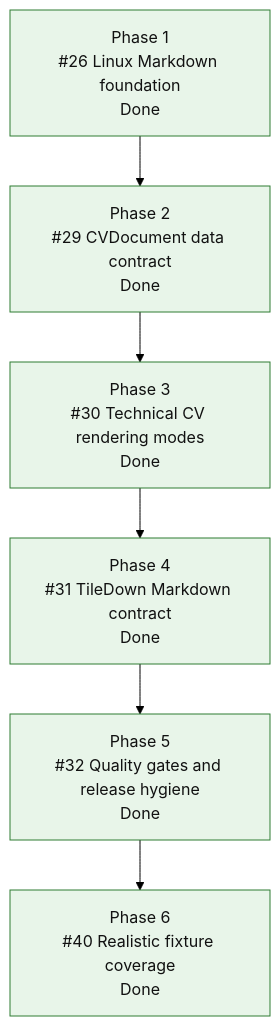
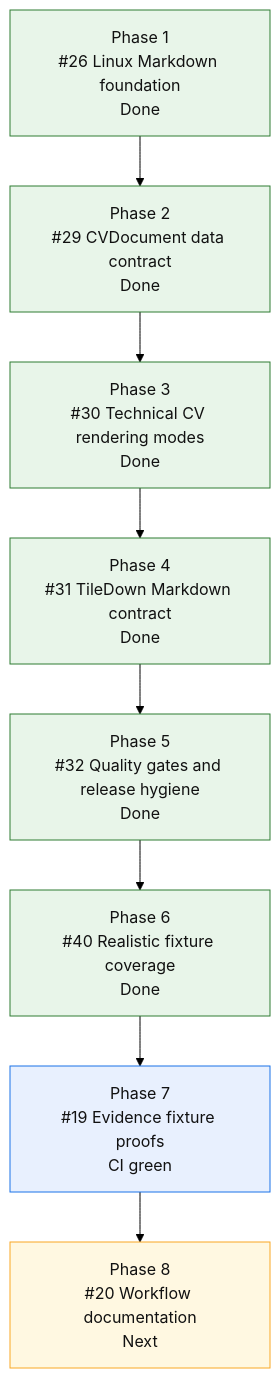
The diagram in README.md (mihaelamj/cvbuilder), drawn with Mermaid (forest theme) before and after one commit. The commit also changed other lines of this file and 8 other files, not shown here.

````diff
--- a/README.md
+++ b/README.md
@@ -152,20 +154,24 @@
 ```mermaid
 flowchart TD
     P1["Phase 1<br/>#26 Linux Markdown foundation<br/>Done"]
     P2["Phase 2<br/>#29 CVDocument data contract<br/>Done"]
     P3["Phase 3<br/>#30 Technical CV rendering modes<br/>Done"]
     P4["Phase 4<br/>#31 TileDown Markdown contract<br/>Done"]
     P5["Phase 5<br/>#32 Quality gates and release hygiene<br/>Done"]
     P6["Phase 6<br/>#40 Realistic fixture coverage<br/>Done"]
+    P7["Phase 7<br/>#19 Evidence fixture proofs<br/>CI green"]
+    P8["Phase 8<br/>#20 Workflow documentation<br/>Next"]
 
-    P1 --> P2 --> P3 --> P4 --> P5 --> P6
+    P1 --> P2 --> P3 --> P4 --> P5 --> P6 --> P7 --> P8
 
     classDef done fill:#e8f5e9,stroke:#2e7d32,color:#111;
     classDef active fill:#fff3e0,stroke:#ef6c00,color:#111;
     classDef review fill:#e8f0fe,stroke:#1a73e8,color:#111;
     classDef next fill:#fff8e1,stroke:#f9a825,color:#111;
     classDef partial fill:#e0f7fa,stroke:#00838f,color:#111;
     classDef todo fill:#eef3ff,stroke:#3367d6,color:#111;
     class P1,P2,P3,P4 done;
     class P5,P6 done;
+    class P7 review;
+    class P8 next;
 ```
````
